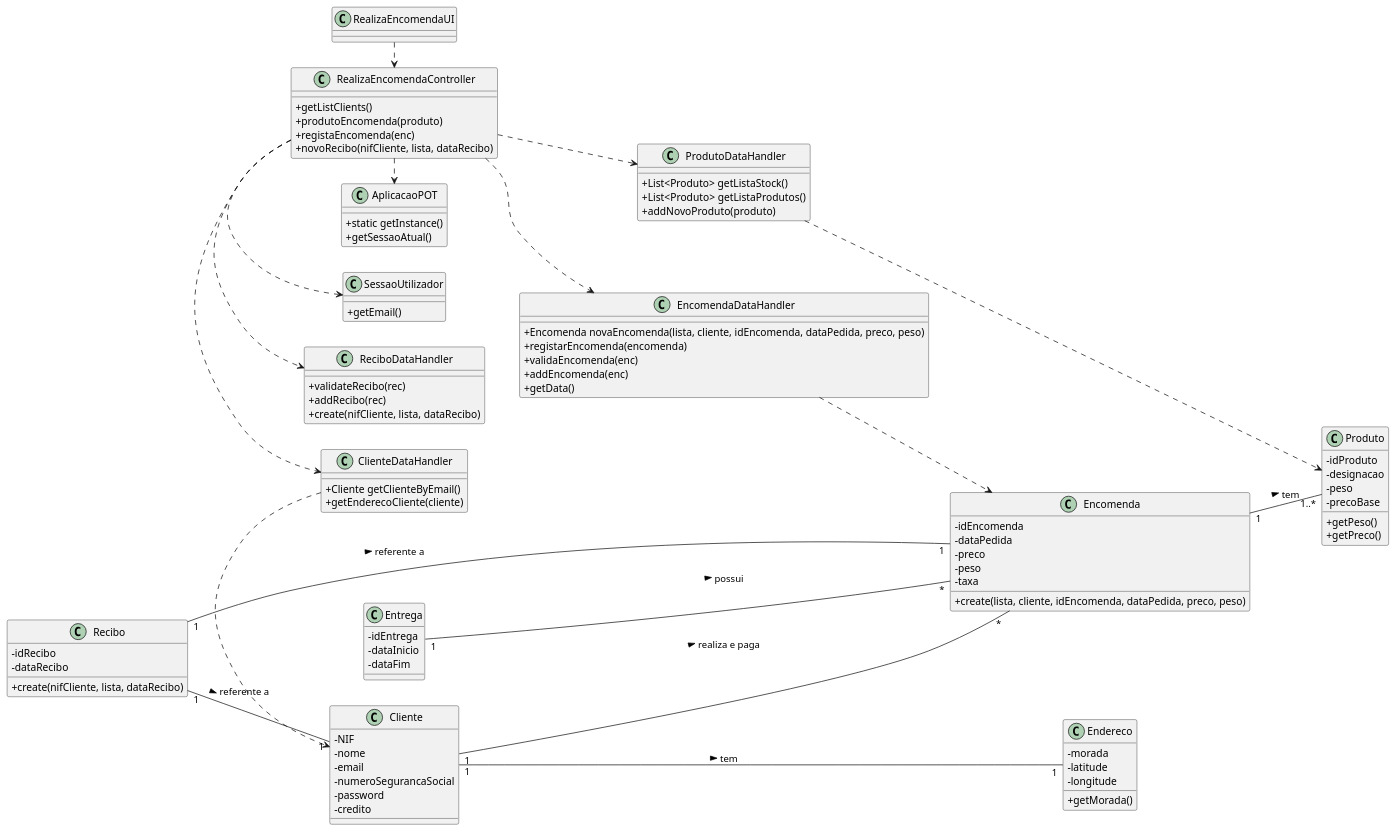
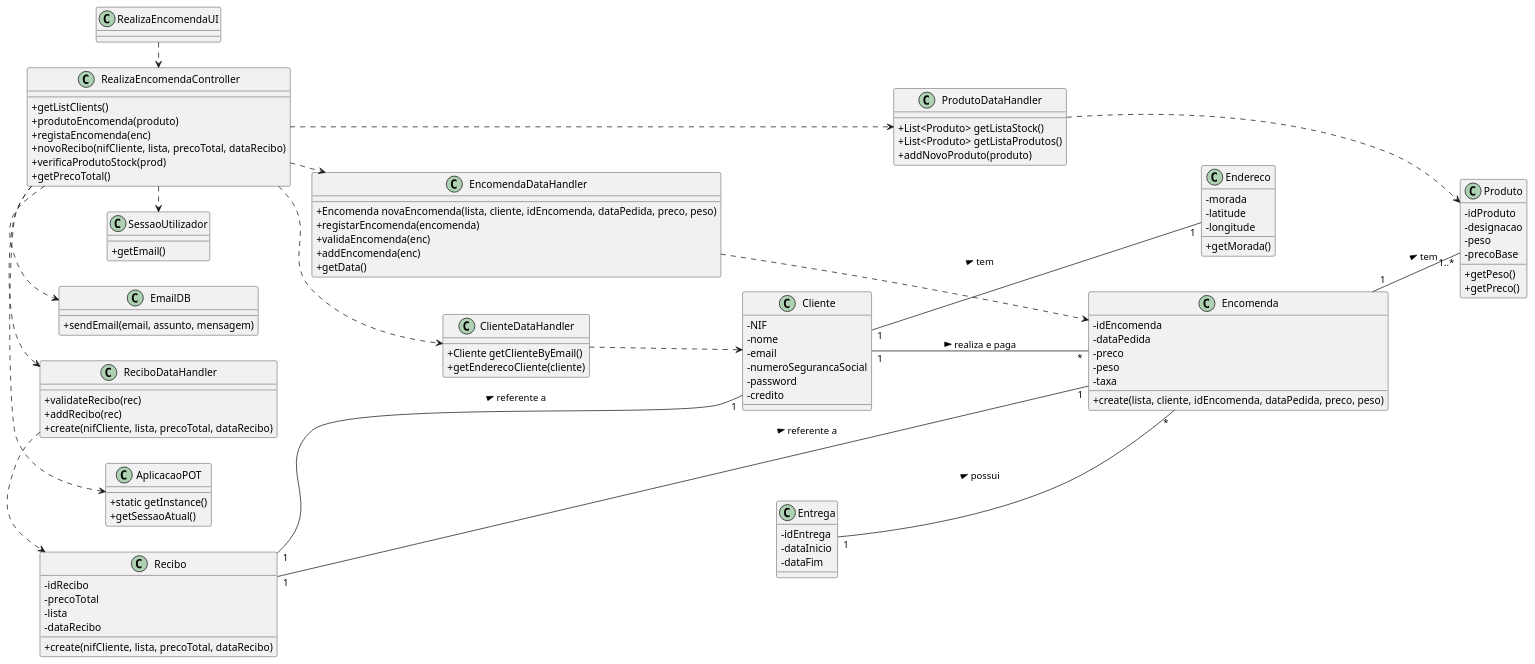
The diagram in docs/UC25/CD.puml (pedrolemos4/LAPR3), drawn with PlantUML before and after one commit. The commit also changed 5 other files, not shown here.

```diff
--- a/docs/UC25/CD.puml
+++ b/docs/UC25/CD.puml
@@ -1,118 +1,128 @@
 @startuml
 skinparam classAttributeIconSize 0
 left to right direction
 
 
 class RealizaEncomendaUI {
     
 }
 
 class RealizaEncomendaController {
     +getListClients()
     +produtoEncomenda(produto)
     +registaEncomenda(enc)
-    +novoRecibo(nifCliente, lista, dataRecibo)
+    +novoRecibo(nifCliente, lista, precoTotal, dataRecibo)
+    +verificaProdutoStock(prod)
+    +getPrecoTotal()
 }
 
 class ClienteDataHandler {
     +Cliente getClienteByEmail()
     +getEnderecoCliente(cliente)
 }
 
+class EmailDB {
+    +sendEmail(email, assunto, mensagem)
+}
+
 class ReciboDataHandler {
     +validateRecibo(rec)
     +addRecibo(rec)
-    +create(nifCliente, lista, dataRecibo)
+    +create(nifCliente, lista, precoTotal, dataRecibo)
 }
 
 class ProdutoDataHandler {
     +List<Produto> getListaStock()
     +List<Produto> getListaProdutos()
     +addNovoProduto(produto)
 }
 
 class EncomendaDataHandler {
     +Encomenda novaEncomenda(lista, cliente, idEncomenda, dataPedida, preco, peso)
     +registarEncomenda(encomenda)
     +validaEncomenda(enc)
     +addEncomenda(enc)
     +getData()
 }
 
 class AplicacaoPOT{
   +static getInstance()
   +getSessaoAtual()
 }
 
 class SessaoUtilizador{
   +getEmail()
 }
 
 
 
 class Entrega {
   -idEntrega
   -dataInicio
   -dataFim
 }
 
 class Recibo {
   -idRecibo
+  -precoTotal
+  -lista
   -dataRecibo
-  +create(nifCliente, lista, dataRecibo)
+  +create(nifCliente, lista, precoTotal, dataRecibo)
 }
 
 class Encomenda {
   -idEncomenda
   -dataPedida
   -preco
   -peso
   -taxa
   +create(lista, cliente, idEncomenda, dataPedida, preco, peso)
 }
 
 class Produto {
     -idProduto
     -designacao
     -peso
     -precoBase
     +getPeso()
     +getPreco()
 }
 
 class Endereco {
   -morada
   -latitude
   -longitude
   +getMorada()
 }
 
 class Cliente {
   -NIF
   -nome
   -email
   -numeroSegurancaSocial
   -password
   -credito
 }
 
 RealizaEncomendaUI .> RealizaEncomendaController
 RealizaEncomendaController .> SessaoUtilizador
 RealizaEncomendaController .> AplicacaoPOT
 RealizaEncomendaController .> ClienteDataHandler
 RealizaEncomendaController .> ProdutoDataHandler
 RealizaEncomendaController .> EncomendaDataHandler
 RealizaEncomendaController .> ReciboDataHandler
+RealizaEncomendaController .> EmailDB
 
 ClienteDataHandler .> Cliente
 ProdutoDataHandler .> Produto
 EncomendaDataHandler .> Encomenda
+ReciboDataHandler .> Recibo
 
 Recibo "1" -- "1" Encomenda: referente a >
 Recibo "1" -- "1" Cliente: referente a >
 Entrega "1" -- "*" Encomenda : possui >
 Cliente "1" -- "*" Encomenda: realiza e paga >
 Encomenda "1" -- "1..*" Produto: tem >
 Cliente "1" -- "1" Endereco: tem >
 
 @enduml
```
